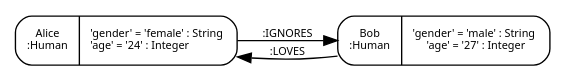
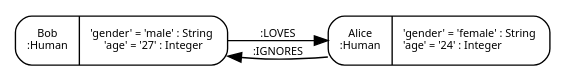
The diagram in src/figures/property-graph.dot (luczsoma/bsc-thesis), drawn with Graphviz before and after one commit. The commit also changed other lines of this file and 2 other files, not shown here.

```diff
--- a/src/figures/property-graph.dot
+++ b/src/figures/property-graph.dot
@@ -1,24 +1,24 @@
 digraph Neo {
   rankdir = LR;
   node [
     fontsize = "8"
     shape = "Mrecord"
     fontname = "Noto Sans"
   ]
   edge [
     fontname = "Noto Sans"
     fontsize = "8"
   ]
   N1 [
+    label = "{Bob\n:Human|'gender' = 'male' : String\l'age' = '27' : Integer}"
+  ]
+  N2 [
     label = "{Alice\n:Human|'gender' = 'female' : String\l'age' = '24' : Integer\l}"
   ]
-  N2 [
-    label = "{Bob\n:Human|'gender' = 'male' : String\l'age' = '27' : Integer}"
+  N1 -> N2 [
+    label = ":LOVES\n"
   ]
-  N1 -> N2 [
+  N2 -> N1 [
     label = ":IGNORES\n"
   ]
-  N2 -> N1 [
-    label = ":LOVES\n"
-  ]
 }
```
